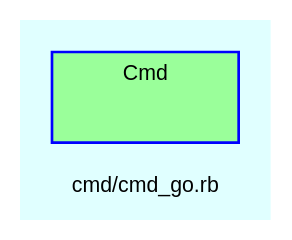
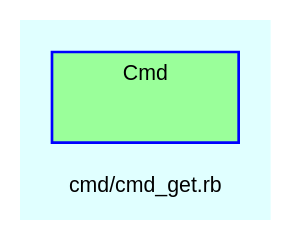
The diagram in doc/dot/f_17.dot (Tyche/teensymud), drawn with Graphviz before and after one commit. The commit also changed 121 other files, not shown here.

```diff
--- a/doc/dot/f_17.dot
+++ b/doc/dot/f_17.dot
@@ -1,29 +1,29 @@
 digraph TopLevel {
     compound = true
     bgcolor = lightcyan1
     fontname = Arial
     fontsize = 8
-    label = "cmd/cmd_go.rb"
+    label = "cmd/cmd_get.rb"
     node [
         fontname = Arial,
         fontsize = 8,
         color = black
     ]
 
     subgraph cluster_Cmd {
         fillcolor = palegreen1
         URL = "classes/Cmd.html"
         fontname = Arial
         color = blue
         label = "Cmd"
         style = filled
         Cmd [
             shape = plaintext,
             height = 0.01,
             width = 0.75,
             label = ""
         ]
 
     }
 
 }
```
